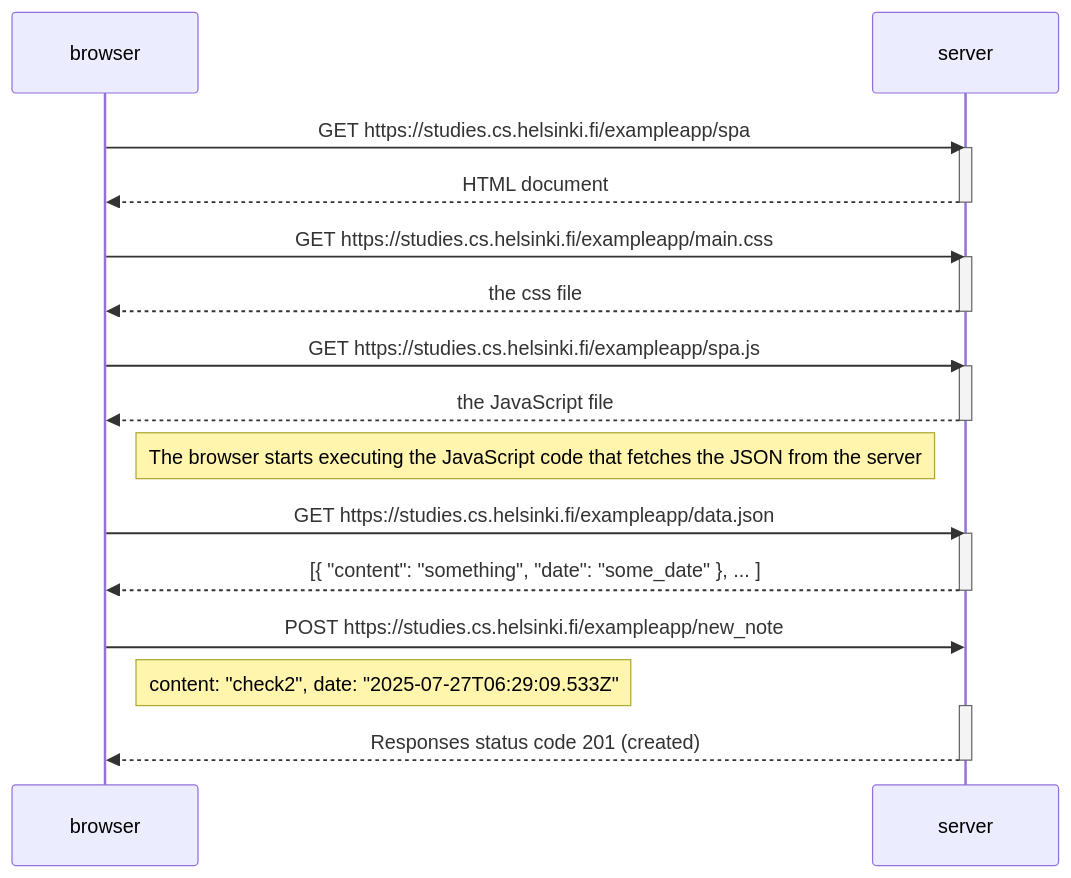
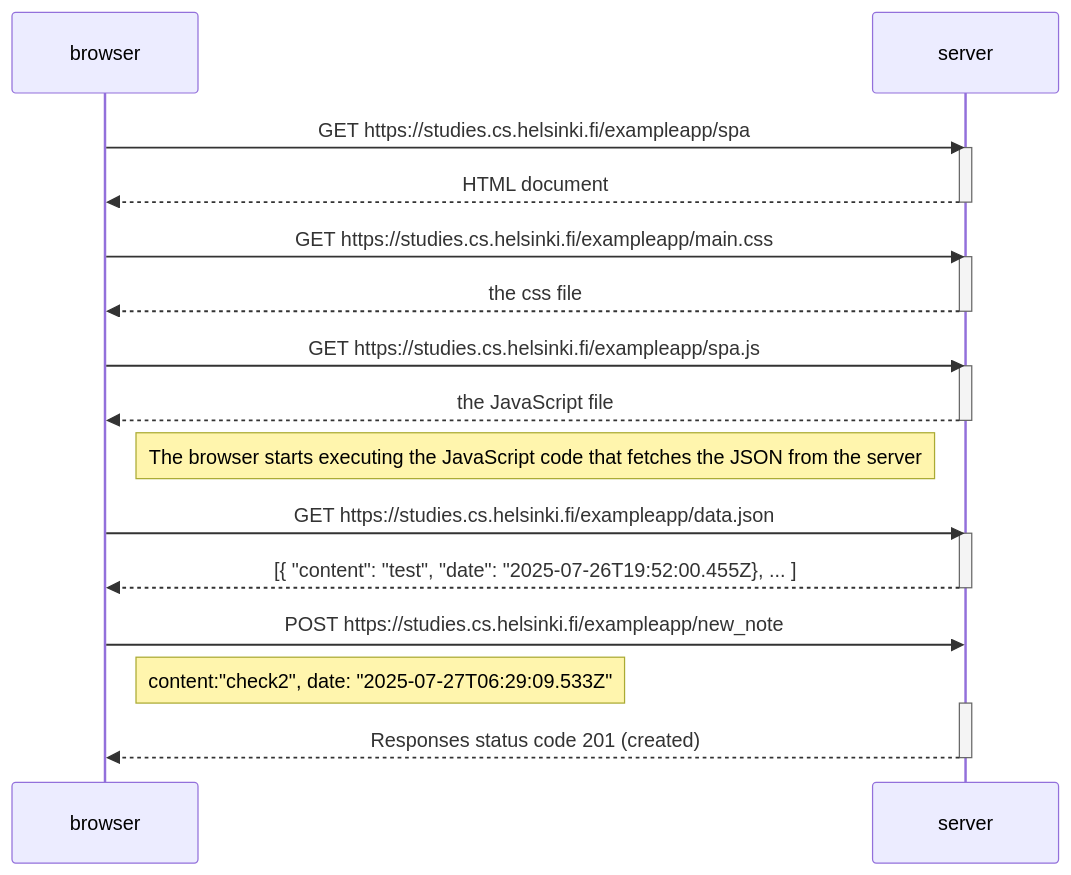
Before and after one commit to swikarramdam/fullstackopen_swikarramdam: the diagram in part0/part0- 0.6(on_submit) _ Mermaid Chart-2025-07-27-061917.mmd, drawn with Mermaid.

Commit message:
mermaid file added

```diff
--- a/part0/part0- 0.6(on_submit) _ Mermaid Chart-2025-07-27-061917.mmd
+++ b/part0/part0- 0.6(on_submit) _ Mermaid Chart-2025-07-27-061917.mmd
@@ -1,33 +1,33 @@
 sequenceDiagram
     participant browser
     participant server
 
     browser->>server: GET https://studies.cs.helsinki.fi/exampleapp/spa
     activate server
     server-->>browser: HTML document
     deactivate server
 
     browser->>server: GET https://studies.cs.helsinki.fi/exampleapp/main.css
     activate server
     server-->>browser: the css file
     deactivate server
 
     browser->>server: GET https://studies.cs.helsinki.fi/exampleapp/spa.js
     activate server
     server-->>browser: the JavaScript file
     deactivate server
 
     Note right of browser: The browser starts executing the JavaScript code that fetches the JSON from the server
 
     browser->>server: GET https://studies.cs.helsinki.fi/exampleapp/data.json
     activate server
-    server-->>browser: [{ "content": "something", "date": "some_date" }, ... ]
+    server-->>browser: [{ "content": "test", "date": "2025-07-26T19:52:00.455Z}, ... ]
     deactivate server
 
     browser->>server: POST https://studies.cs.helsinki.fi/exampleapp/new_note
 
-    Note right of browser:content: "check2", date: "2025-07-27T06:29:09.533Z"
+    Note right of browser:content:"check2", date: "2025-07-27T06:29:09.533Z"
     activate server
 
     server-->>browser: Responses status code 201 (created)
     deactivate server
```
